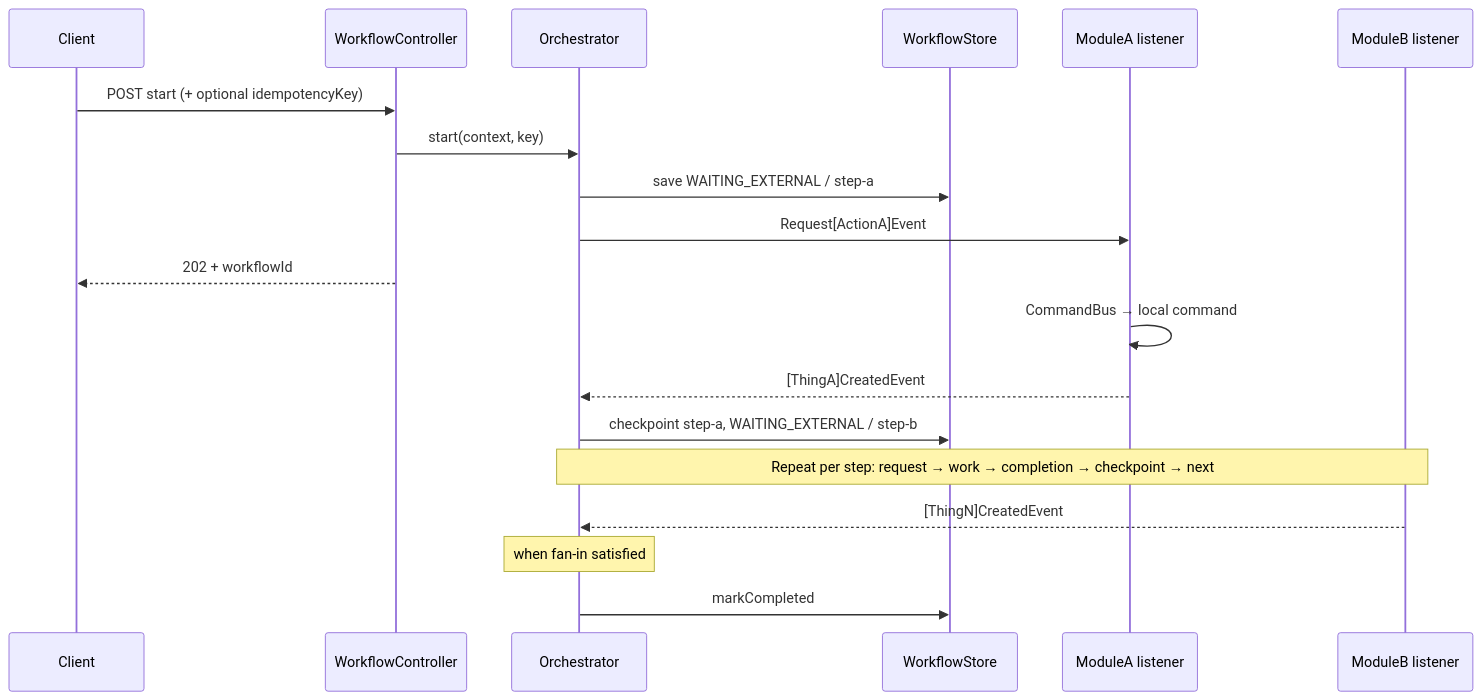
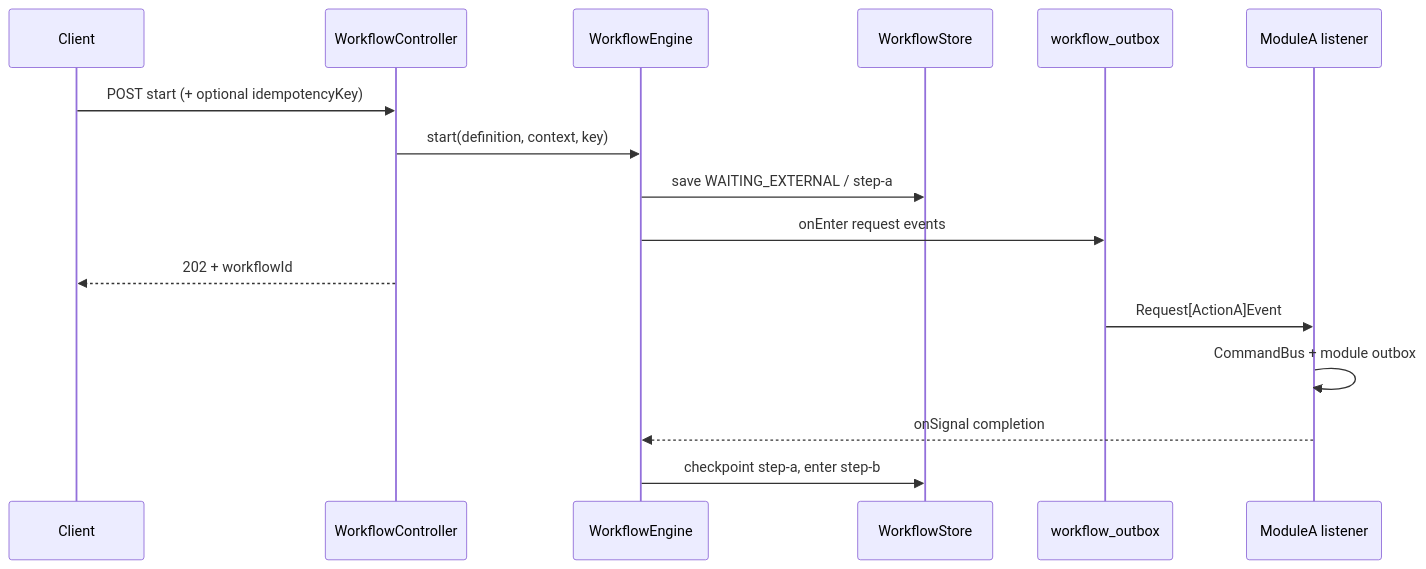
Before and after one commit to khinemyaezin/grab: the first of 2 diagrams in .agent/skills/workflow-template.md, drawn with Mermaid. The commit also changed other lines of this file and 39 other files, not shown here.

Commit message:
feat: introduce workflow signal handling with new interfaces and entities for improved workflow management

````diff
--- a/.agent/skills/workflow-template.md
+++ b/.agent/skills/workflow-template.md
@@ -111,25 +113,20 @@
 ```mermaid
 sequenceDiagram
     participant Client
     participant API as WorkflowController
-    participant O as Orchestrator
+    participant E as WorkflowEngine
     participant WS as WorkflowStore
+    participant OB as workflow_outbox
     participant A as ModuleA listener
-    participant B as ModuleB listener
 
     Client->>API: POST start (+ optional idempotencyKey)
-    API->>O: start(context, key)
-    O->>WS: save WAITING_EXTERNAL / step-a
-    O->>A: Request[ActionA]Event
+    API->>E: start(definition, context, key)
+    E->>WS: save WAITING_EXTERNAL / step-a
+    E->>OB: onEnter request events
     API-->>Client: 202 + workflowId
 
-    A->>A: CommandBus → local command
-    A-->>O: [ThingA]CreatedEvent
-    O->>WS: checkpoint step-a, WAITING_EXTERNAL / step-b
-
-    Note over O,B: Repeat per step: request → work → completion → checkpoint → next
-
-    B-->>O: [ThingN]CreatedEvent
-    Note over O: when fan-in satisfied
-    O->>WS: markCompleted
+    OB->>A: Request[ActionA]Event
+    A->>A: CommandBus + module outbox
+    A-->>E: onSignal completion
+    E->>WS: checkpoint step-a, enter step-b
 ```
````
